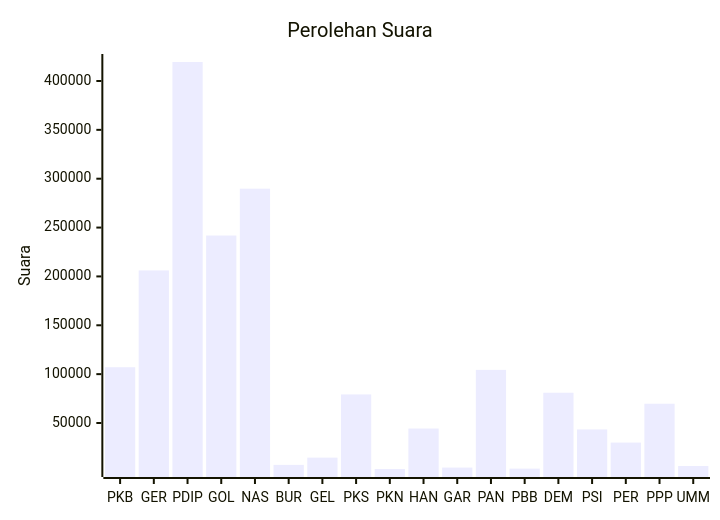
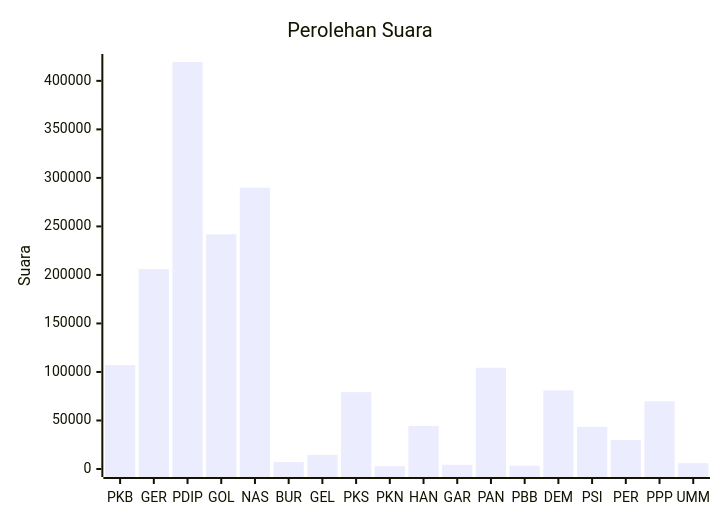
Before and after one commit to gigit-pemilu/pemilu-2024: the diagram in pileg-dpr/hitung-suara/sub/table-wilayah-61.md, drawn with Mermaid. The commit also changed 57 other files, not shown here.

````diff
--- a/pileg-dpr/hitung-suara/sub/table-wilayah-61.md
+++ b/pileg-dpr/hitung-suara/sub/table-wilayah-61.md
@@ -7,7 +7,7 @@
 ```mermaid
 xychart-beta
     title "Perolehan Suara"
     x-axis [PKB, GER, PDIP, GOL, NAS, BUR, GEL, PKS, PKN, HAN, GAR, PAN, PBB, DEM, PSI, PER, PPP, UMM]
-    y-axis "Suara"
+    y-axis "Suara" 0 --> 419437
     bar [107050, 206123, 419437, 241842, 289801, 7152, 14564, 79240, 2920, 44362, 4373, 104346, 3311, 80952, 43430, 29964, 69729, 6002]
 ```
````
